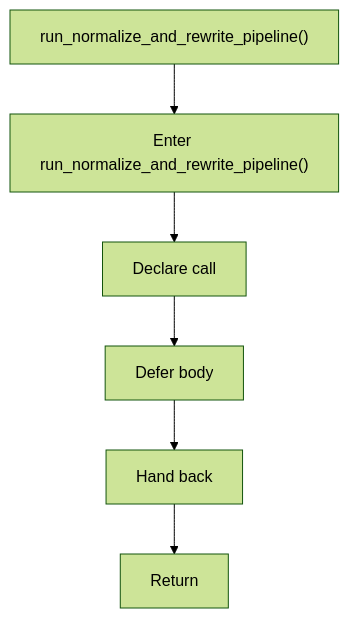
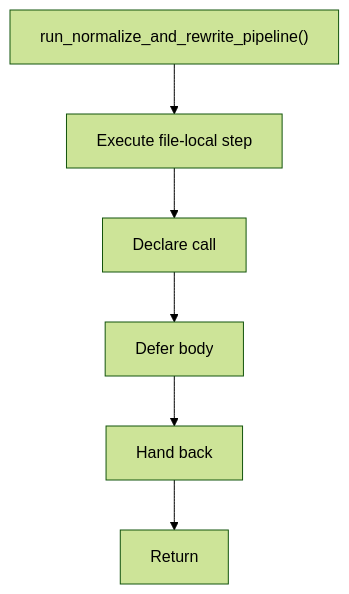
The eighth of 8 diagrams in docs/Codebase/Microservice/Modules/Header/SyntacticBrokenAST/OutputGeneration/Contracts/algorithm_pipeline.hpp.md (JohnAndrewBalbarosa/NeoTerritory), drawn with Mermaid (forest theme) before and after one commit. The commit also changed other lines of this file and 925 other files, not shown here.

````diff
--- a/docs/Codebase/Microservice/Modules/Header/SyntacticBrokenAST/OutputGeneration/Contracts/algorithm_pipeline.hpp.md
+++ b/docs/Codebase/Microservice/Modules/Header/SyntacticBrokenAST/OutputGeneration/Contracts/algorithm_pipeline.hpp.md
@@ -222,14 +221,14 @@
 ```mermaid
 flowchart TD
     Start["run_normalize_and_rewrite_pipeline()"]
-    N0["Enter run_normalize_and_rewrite_pipeline()"]
+    N0["Execute file-local step"]
     N1["Declare call"]
     N2["Defer body"]
     N3["Hand back"]
     End["Return"]
     Start --> N0
     N0 --> N1
     N1 --> N2
     N2 --> N3
     N3 --> End
 ```
````
